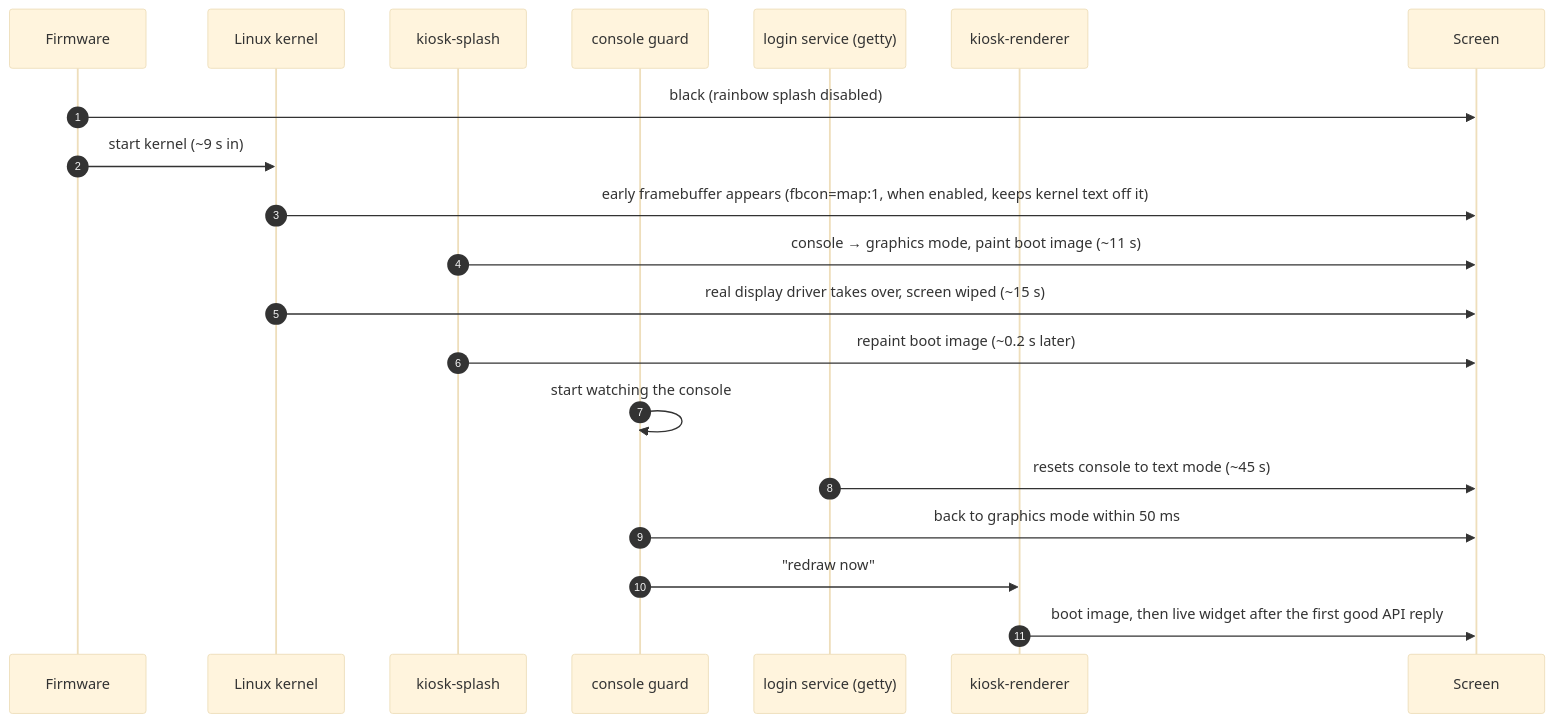
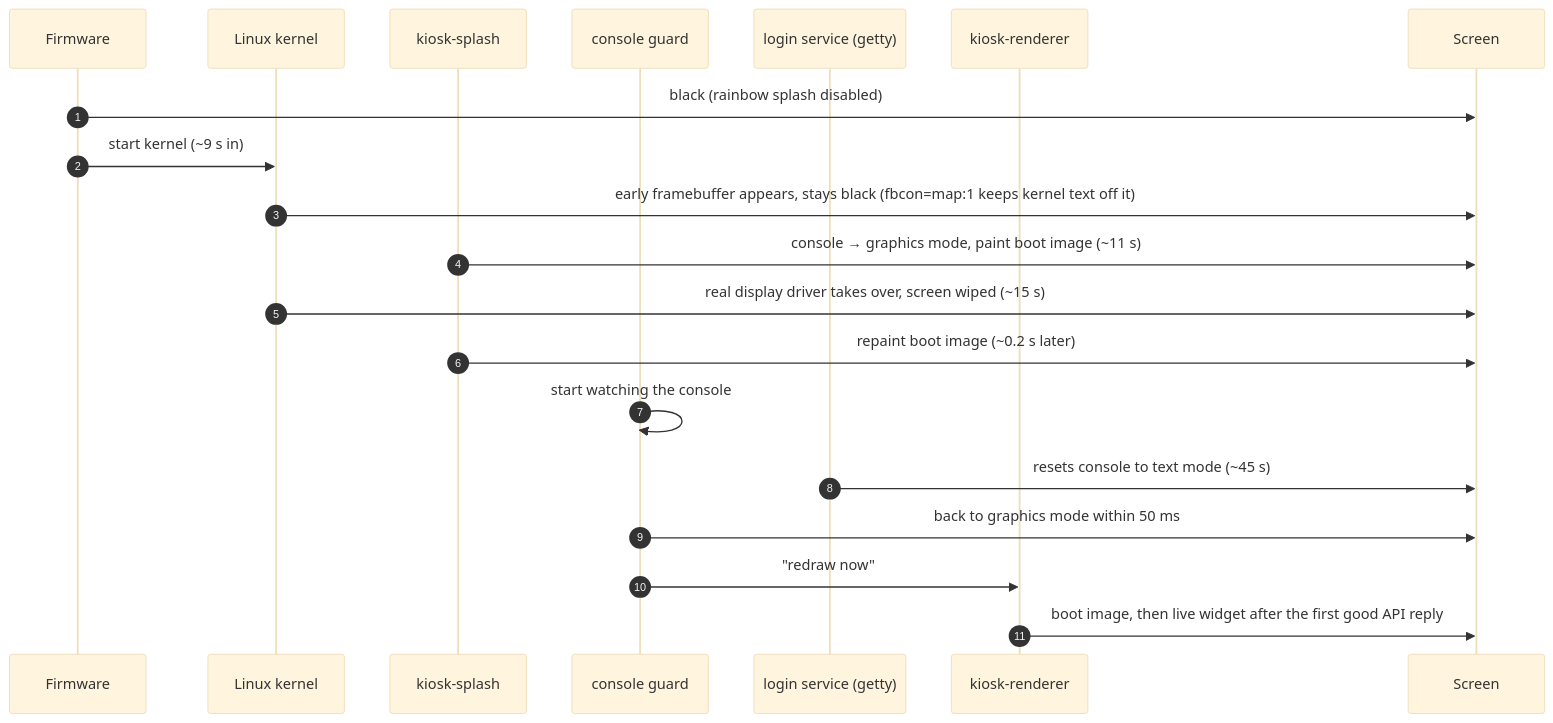
One commit to rj1562/framedirect changed the third of 7 diagrams in docs/ARCHITECTURE.md. Above: the diagram before and after it, drawn with Mermaid (base theme). The commit also changed other lines of this file and 6 other files, not shown here.

First line of the commit message:
v0.2.0: whole boot hidden (fbcon=map:1 in the installer)

````diff
--- a/docs/ARCHITECTURE.md
+++ b/docs/ARCHITECTURE.md
@@ -99,23 +99,23 @@
 ```mermaid
 sequenceDiagram
     autonumber
     participant FW as Firmware
     participant K as Linux kernel
     participant SP as kiosk-splash
     participant G as console guard
     participant GT as login service (getty)
     participant R as kiosk-renderer
     participant S as Screen
 
     FW->>S: black (rainbow splash disabled)
     FW->>K: start kernel (~9 s in)
-    K->>S: early framebuffer appears (fbcon=map:1, when enabled, keeps kernel text off it)
+    K->>S: early framebuffer appears, stays black (fbcon=map:1 keeps kernel text off it)
     SP->>S: console → graphics mode, paint boot image (~11 s)
     K->>S: real display driver takes over, screen wiped (~15 s)
     SP->>S: repaint boot image (~0.2 s later)
     G->>G: start watching the console
     GT->>S: resets console to text mode (~45 s)
     G->>S: back to graphics mode within 50 ms
     G->>R: "redraw now"
     R->>S: boot image, then live widget after the first good API reply
 ```
````
